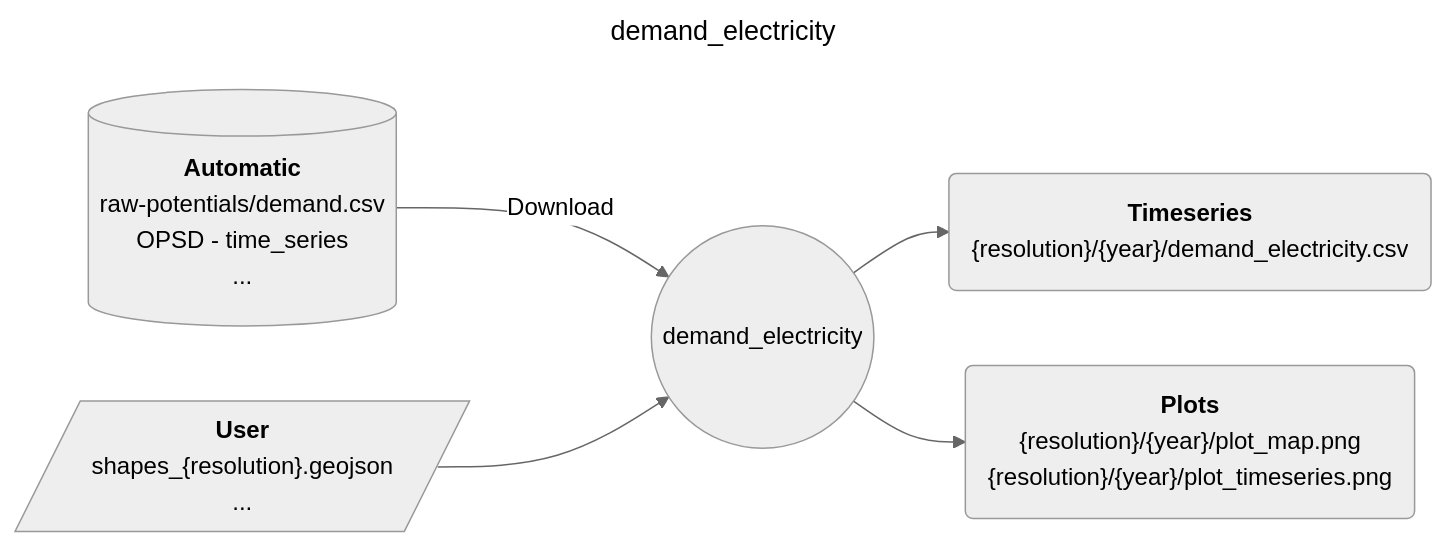
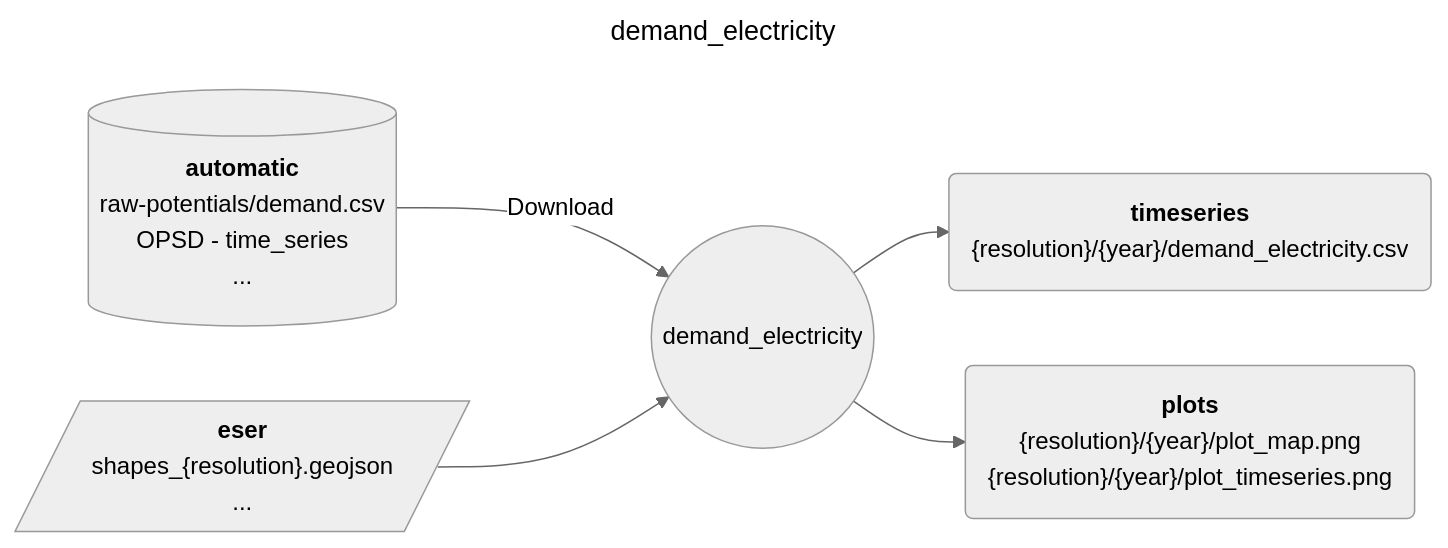
One commit to calliope-project/ec_modules changed the diagram in modules/demand_electricity/README.md. Above: the diagram before and after it, drawn with Mermaid (neutral theme). The commit also changed other lines of this file and 50 other files, not shown here.

````diff
--- a/modules/demand_electricity/README.md
+++ b/modules/demand_electricity/README.md
@@ -9,22 +14,22 @@
 ```mermaid
 ---
 title: demand_electricity
 ---
 flowchart LR
-    D1[("`**Automatic**
+    D1[("`**automatic**
         raw-potentials/demand.csv
         OPSD - time_series
         ...
     `")] --> |Download| M
-    C1[/"`**User**
+    C1[/"`**eser**
         shapes_{resolution}.geojson
         ...
     `"/] --> M((demand_electricity))
-    M --> O1("`**Timeseries**
+    M --> O1("`**timeseries**
         {resolution}/{year}/demand_electricity.csv
         `")
-    M --> O2("`**Plots**
+    M --> O2("`**plots**
         {resolution}/{year}/plot_map.png
         {resolution}/{year}/plot_timeseries.png
         `")
 ```
````
